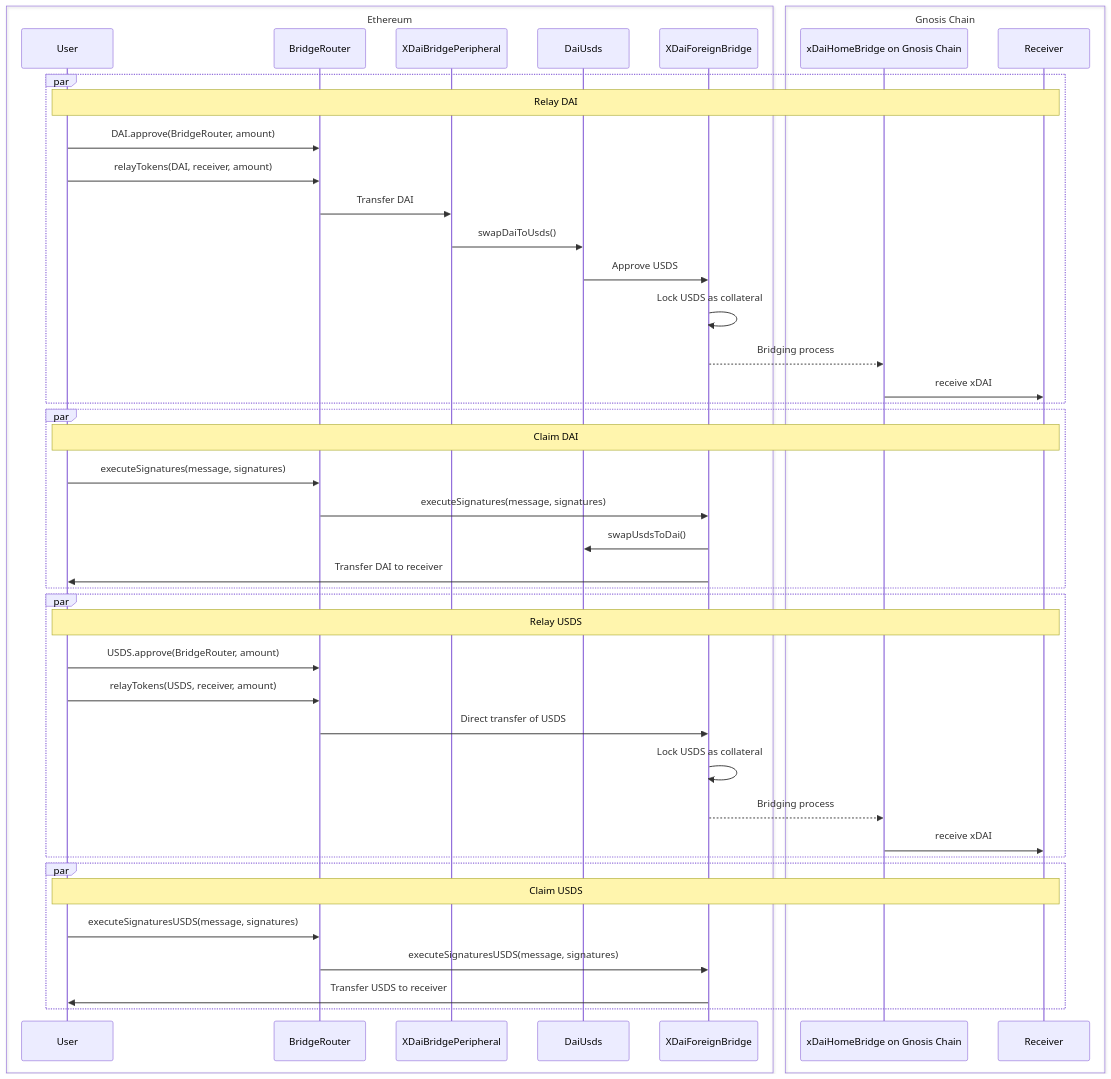
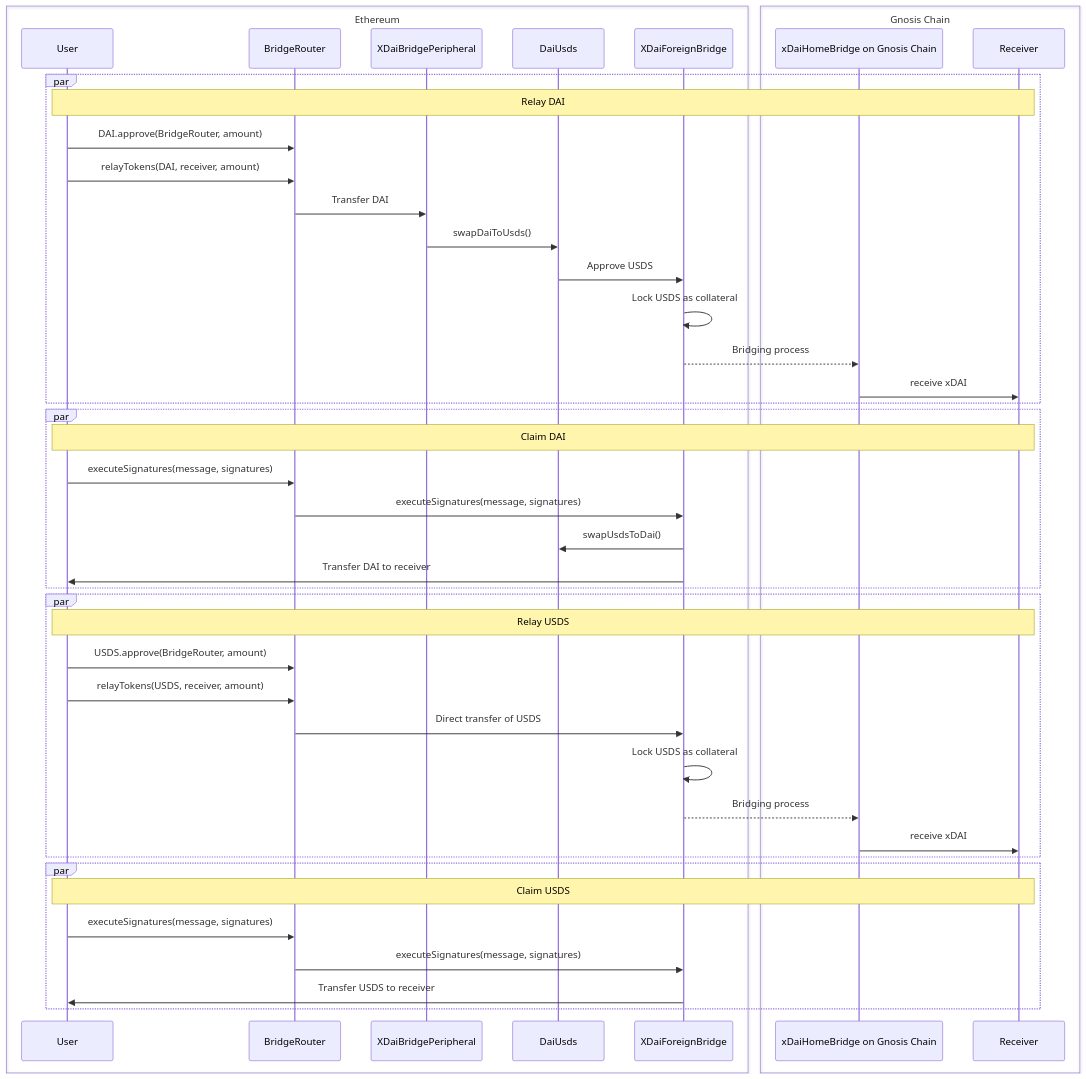
One commit to gnosischain/tokenbridge-contracts changed the seventh of 7 diagrams in USDSMigration.md. Above: the diagram before and after it, drawn with Mermaid. The commit also changed other lines of this file and 29 other files, not shown here.

````diff
--- a/USDSMigration.md
+++ b/USDSMigration.md
@@ -489,61 +518,61 @@
 ```mermaid
 sequenceDiagram
     box Ethereum
         participant User
         participant BridgeRouter
         participant XDaiBridgePeripheral
         participant DaiUsds as DaiUsds
         participant XDaiForeignBridge
     end
 
 
     box Gnosis Chain
 
         participant GnosisChain as xDaiHomeBridge on Gnosis Chain
          participant Receiver
     end
 
 
 
     %% Relay DAI Flow
     par
     Note over User,Receiver: Relay DAI
     User->>BridgeRouter: DAI.approve(BridgeRouter, amount)
     User->>BridgeRouter: relayTokens(DAI, receiver, amount)
     BridgeRouter->>XDaiBridgePeripheral: Transfer DAI
     XDaiBridgePeripheral->>DaiUsds: swapDaiToUsds()
     DaiUsds->>XDaiForeignBridge: Approve USDS
     XDaiForeignBridge->>XDaiForeignBridge: Lock USDS as collateral
     XDaiForeignBridge-->>GnosisChain: Bridging process
     GnosisChain->>Receiver: receive xDAI
     end
 
     %% Claim DAI Flow
     par
     Note over User,Receiver: Claim DAI
     User->>BridgeRouter: executeSignatures(message, signatures)
     BridgeRouter->>XDaiForeignBridge: executeSignatures(message, signatures)
     XDaiForeignBridge->>DaiUsds: swapUsdsToDai()
     XDaiForeignBridge->>User: Transfer DAI to receiver
     end
 
     %% Relay USDS Flow
     par
     Note over User,Receiver: Relay USDS
     User->>BridgeRouter: USDS.approve(BridgeRouter, amount)
     User->>BridgeRouter: relayTokens(USDS, receiver, amount)
     BridgeRouter->>XDaiForeignBridge: Direct transfer of USDS
     XDaiForeignBridge->>XDaiForeignBridge: Lock USDS as collateral
     XDaiForeignBridge-->>GnosisChain: Bridging process
     GnosisChain->>Receiver: receive xDAI
     end
 
     %% Claim USDS Flow
     par
     Note over User,Receiver: Claim USDS
-    User->>BridgeRouter: executeSignaturesUSDS(message, signatures)
-    BridgeRouter->>XDaiForeignBridge: executeSignaturesUSDS(message, signatures)
+    User->>BridgeRouter: executeSignatures(message, signatures)
+    BridgeRouter->>XDaiForeignBridge: executeSignatures(message, signatures)
     XDaiForeignBridge->>User: Transfer USDS to receiver
     end
 
 ```
````
